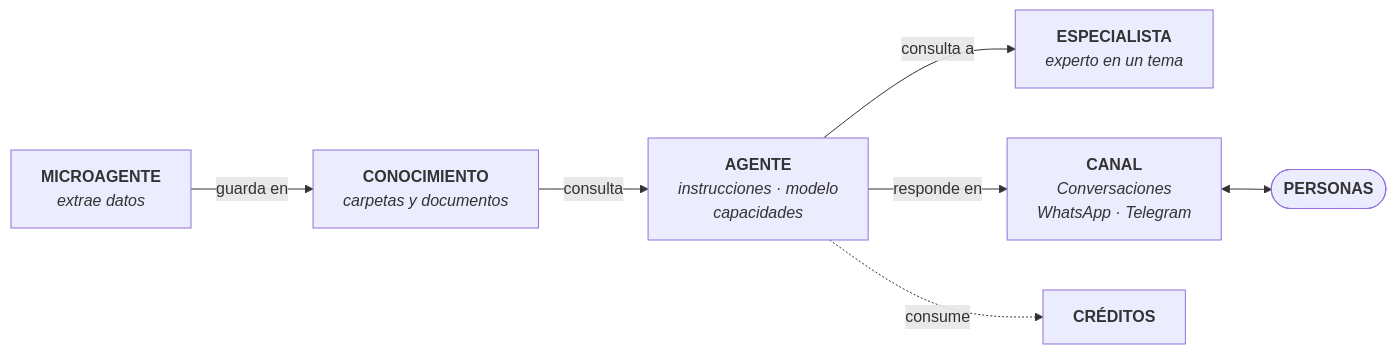
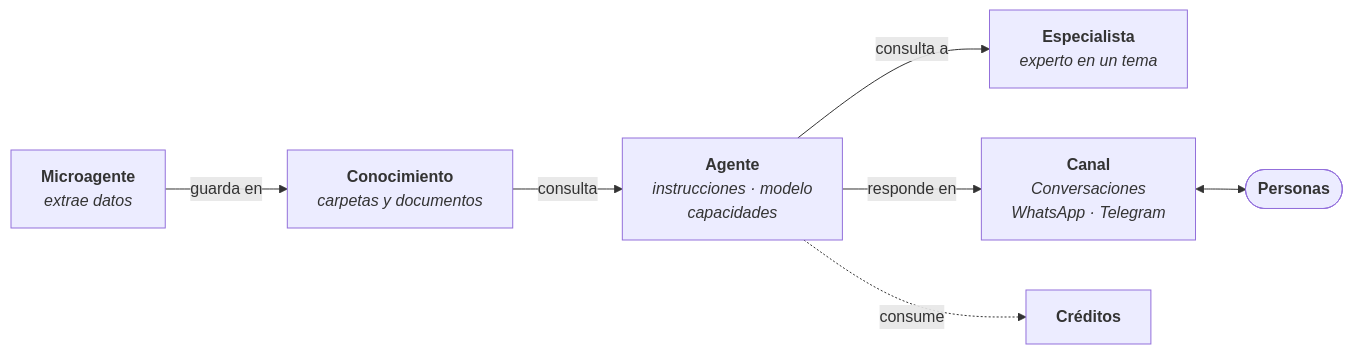
Before and after one commit to akui-solutions/consul-point-docs: the diagram in docs/introduccion/conceptos.md, drawn with Mermaid. The commit also changed 60 other files, not shown here.

````diff
--- a/docs/introduccion/conceptos.md
+++ b/docs/introduccion/conceptos.md
@@ -17,9 +17,9 @@
 ```mermaid
 flowchart LR
-    M["<b>MICROAGENTE</b><br/><i>extrae datos</i>"] -->|guarda en| K["<b>CONOCIMIENTO</b><br/><i>carpetas y documentos</i>"]
-    K -->|consulta| A["<b>AGENTE</b><br/><i>instrucciones · modelo<br/>capacidades</i>"]
-    A -->|consulta a| E["<b>ESPECIALISTA</b><br/><i>experto en un tema</i>"]
-    A -->|responde en| C["<b>CANAL</b><br/><i>Conversaciones<br/>WhatsApp · Telegram</i>"]
-    C <--> P(["<b>PERSONAS</b>"])
-    A -.->|consume| CR["<b>CRÉDITOS</b>"]
+    M["<b>Microagente</b><br/><i>extrae datos</i>"] -->|guarda en| K["<b>Conocimiento</b><br/><i>carpetas y documentos</i>"]
+    K -->|consulta| A["<b>Agente</b><br/><i>instrucciones · modelo<br/>capacidades</i>"]
+    A -->|consulta a| E["<b>Especialista</b><br/><i>experto en un tema</i>"]
+    A -->|responde en| C["<b>Canal</b><br/><i>Conversaciones<br/>WhatsApp · Telegram</i>"]
+    C <--> P(["<b>Personas</b>"])
+    A -.->|consume| CR["<b>Créditos</b>"]
 ```
````
